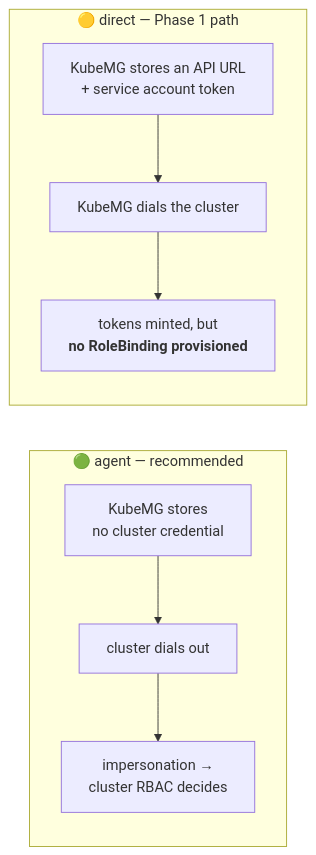
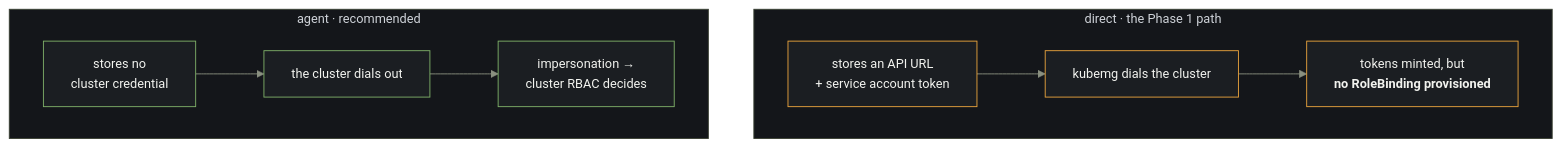
Before and after one commit to kubemg/kubemg: the third of 6 diagrams in README.md, drawn with Mermaid. The commit also changed other lines of this file and 2 other files, not shown here.

First line of the commit message:
docs(readme): put the README on the brand system, and lead with the trade (#69)

````diff
--- a/README.md
+++ b/README.md
@@ -137,17 +172,35 @@
 ```mermaid
+%%{init: {'theme':'base','themeVariables':{
+  'fontFamily':'-apple-system, BlinkMacSystemFont, Segoe UI, Helvetica, Arial, sans-serif','fontSize':'14px',
+  'primaryColor':'#1B1E22','primaryTextColor':'#F2F3EF','primaryBorderColor':'#3A4033',
+  'lineColor':'#8A9080','textColor':'#F2F3EF',
+  'clusterBkg':'#14161A','clusterBorder':'#3A4033'
+}}}%%
 flowchart LR
-    subgraph agentmode["🟢 agent — recommended"]
-        direction TB
-        AM1["KubeMG stores<br/>no cluster credential"]
-        AM2["cluster dials out"]
+    subgraph agentmode["agent · recommended"]
+        direction LR
+        AM1["stores no<br/>cluster credential"]
+        AM2["the cluster dials out"]
         AM3["impersonation →<br/>cluster RBAC decides"]
         AM1 --> AM2 --> AM3
     end
-    subgraph directmode["🟡 direct — Phase 1 path"]
-        direction TB
-        DM1["KubeMG stores an API URL<br/>+ service account token"]
-        DM2["KubeMG dials the cluster"]
+    subgraph directmode["direct · the Phase 1 path"]
+        direction LR
+        DM1["stores an API URL<br/>+ service account token"]
+        DM2["kubemg dials the cluster"]
         DM3["tokens minted, but<br/><b>no RoleBinding provisioned</b>"]
         DM1 --> DM2 --> DM3
     end
+
+    %% No edge runs between the two modes, so mermaid is free to stack them in
+    %% either order — and it led with `direct`, which is the path carrying the
+    %% caveat. An invisible link fixes the order without drawing anything.
+    AM3 ~~~ DM1
+
+    %% State colours, not brand colours: one path is sound and the other carries
+    %% a caveat, which is what sage and amber mean everywhere else here.
+    classDef good fill:#1B1E22,stroke:#7FB069,color:#F2F3EF
+    classDef caveat fill:#1B1E22,stroke:#E8A33D,color:#F2F3EF
+    class AM1,AM2,AM3 good
+    class DM1,DM2,DM3 caveat
 ```
````
